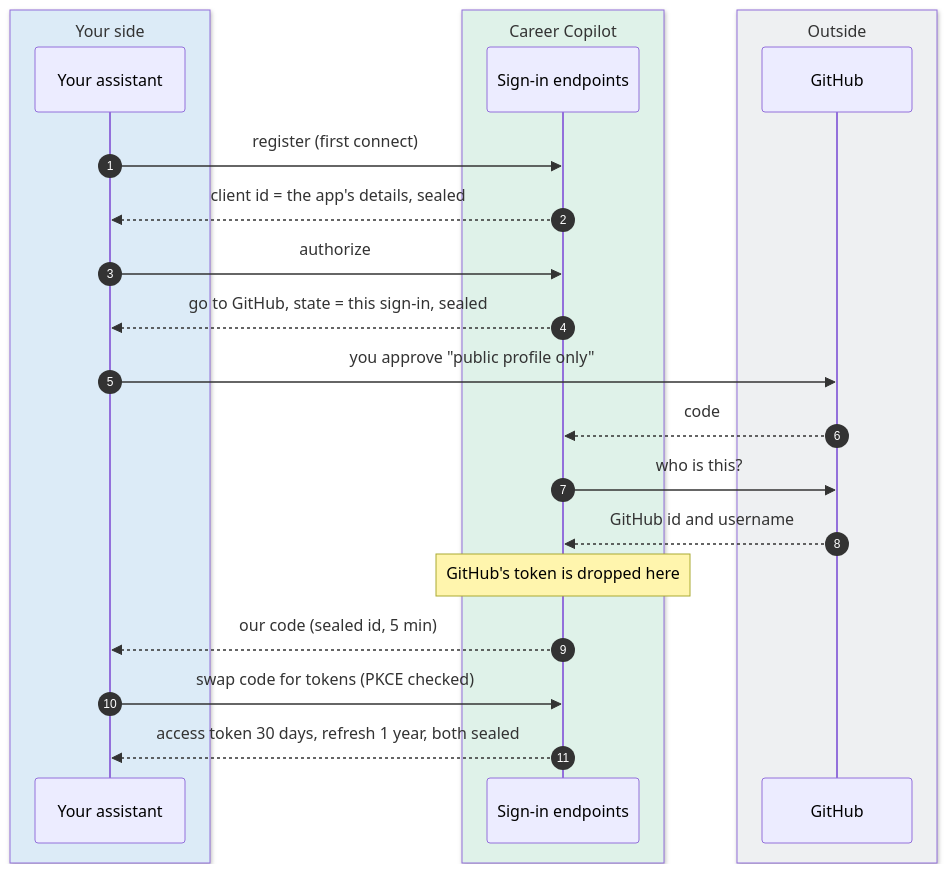
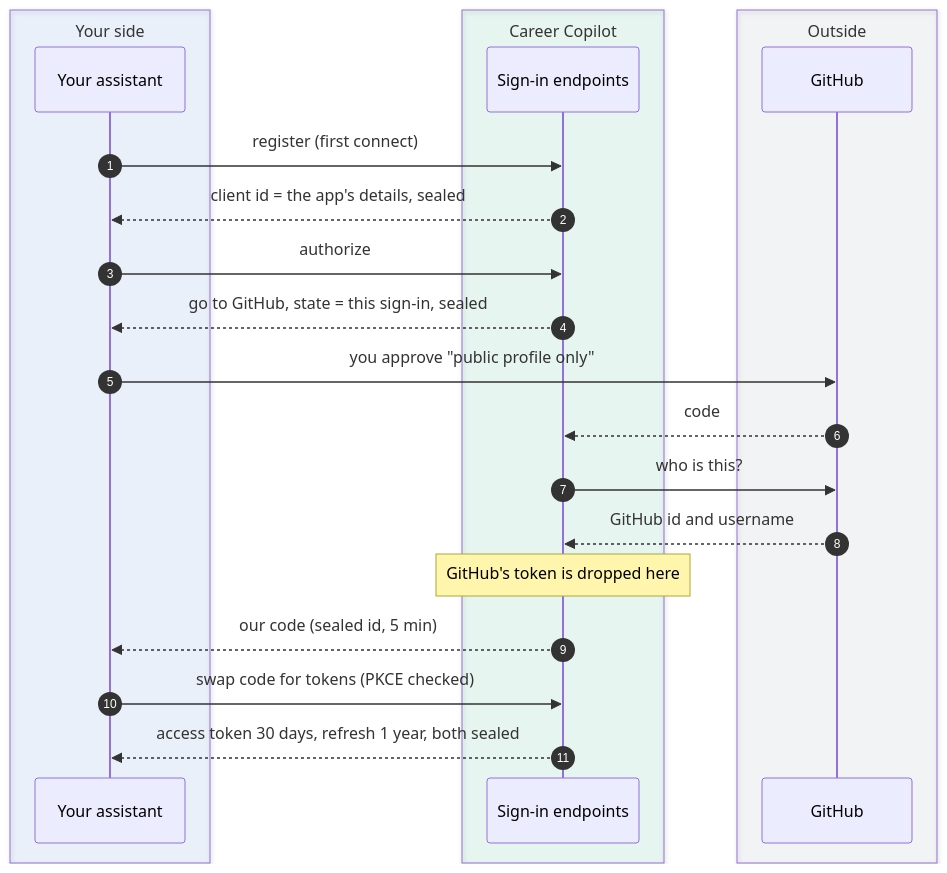
The third of 8 diagrams in docs/ARCHITECTURE.md (TusharSamantaray/career-copilot-mcp), drawn with Mermaid before and after one commit. The commit also changed other lines of this file and 8 other files, not shown here.

First line of the commit message:
docs: diagram palette readable on light and dark backgrounds

````diff
--- a/docs/ARCHITECTURE.md
+++ b/docs/ARCHITECTURE.md
@@ -105,25 +122,25 @@
 ```mermaid
 sequenceDiagram
   autonumber
-  box rgb(220,235,247) Your side
+  box rgba(59,130,246,0.08) Your side
     participant A as Your assistant
   end
-  box rgb(223,242,233) Career Copilot
+  box rgba(16,185,129,0.08) Career Copilot
     participant C as Sign-in endpoints
   end
-  box rgb(238,240,242) Outside
+  box rgba(148,163,184,0.08) Outside
     participant G as GitHub
   end
   A->>C: register (first connect)
   C-->>A: client id = the app's details, sealed
   A->>C: authorize
   C-->>A: go to GitHub, state = this sign-in, sealed
   A->>G: you approve "public profile only"
   G-->>C: code
   C->>G: who is this?
   G-->>C: GitHub id and username
   Note over C: GitHub's token is dropped here
   C-->>A: our code (sealed id, 5 min)
   A->>C: swap code for tokens (PKCE checked)
   C-->>A: access token 30 days, refresh 1 year, both sealed
 ```
````
